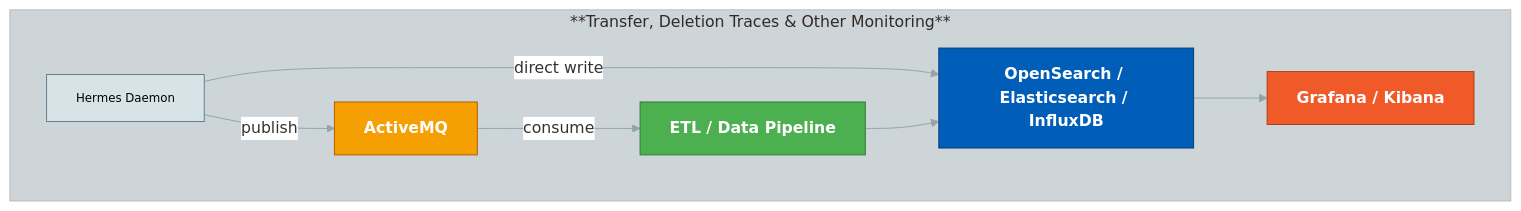
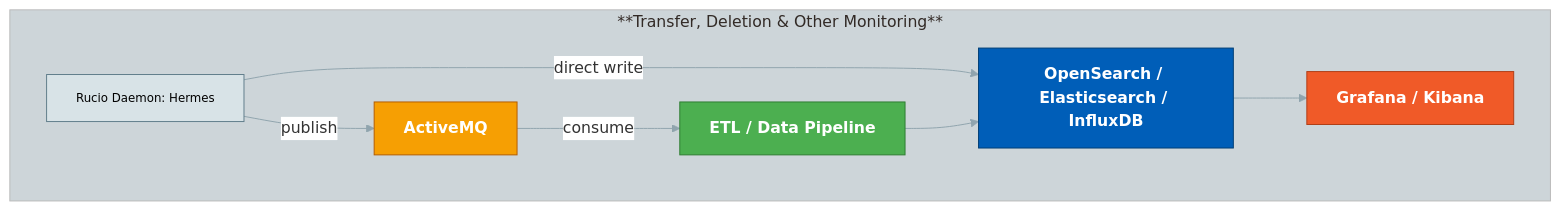
Before and after one commit to rucio/documentation: the second of 4 diagrams in docs/operator/monitoring.md, drawn with Mermaid. The commit also changed other lines of this file, not shown here.

````diff
--- a/docs/operator/monitoring.md
+++ b/docs/operator/monitoring.md
@@ -103,37 +103,37 @@
 ```mermaid
 %%{init: {'theme': 'base', 'themeVariables': {
   'primaryColor': '#d8e3e7',
   'edgeLabelBackground': '#ffffff',
   'tertiaryColor': '#cdd5d9',
   'fontFamily': 'monospace',
   'primaryBorderColor': '#90a4ae',
   'lineColor': '#90a4ae'
 }}}%%
 flowchart TB
-  subgraph RucioTransfer["**Transfer,&nbsp;Deletion&nbsp;Traces&nbsp;&amp;&nbsp;Other&nbsp;Monitoring**"]
-        A2["Hermes Daemon"]
+  subgraph RucioTransfer["**Transfer,&nbsp;Deletion&nbsp;&amp;&nbsp;Other&nbsp;Monitoring**"]
+        A2["Rucio Daemon: Hermes"]
         Q1["ActiveMQ"]
         ETL["ETL / Data Pipeline"]
         OS1["OpenSearch / Elasticsearch / InfluxDB"]
         KB["Grafana / Kibana"]
   end
 
   A2 -- direct write --> OS1
   A2 -- publish --> Q1
   Q1 -- consume --> ETL
   ETL --> OS1
   OS1 --> KB
 
   classDef mono fill:#d8e3e7,stroke:#607d8b,color:#000,font-size:12px;
   classDef grafana fill:#F05A28,stroke:#b03e16,color:#fff,font-weight:bold;
   classDef opensearch fill:#005EB8,stroke:#003E75,color:#fff,font-weight:bold;
   classDef mq fill:#f69f03,stroke:#b35c00,color:#fff,font-weight:bold;
   classDef etl fill:#4CAF50,stroke:#2E7D32,color:#fff,font-weight:bold;
 
 
   class A2,A3 mono;
   class Q1 mq;
   class OS1 opensearch;
   class KB grafana;
   class ETL etl;
 ```
````
